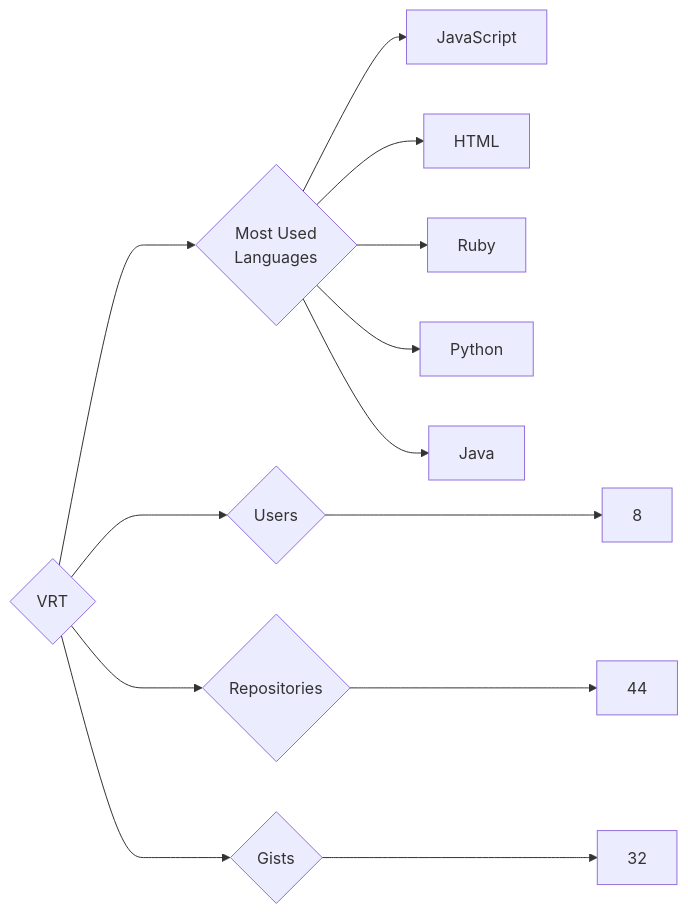
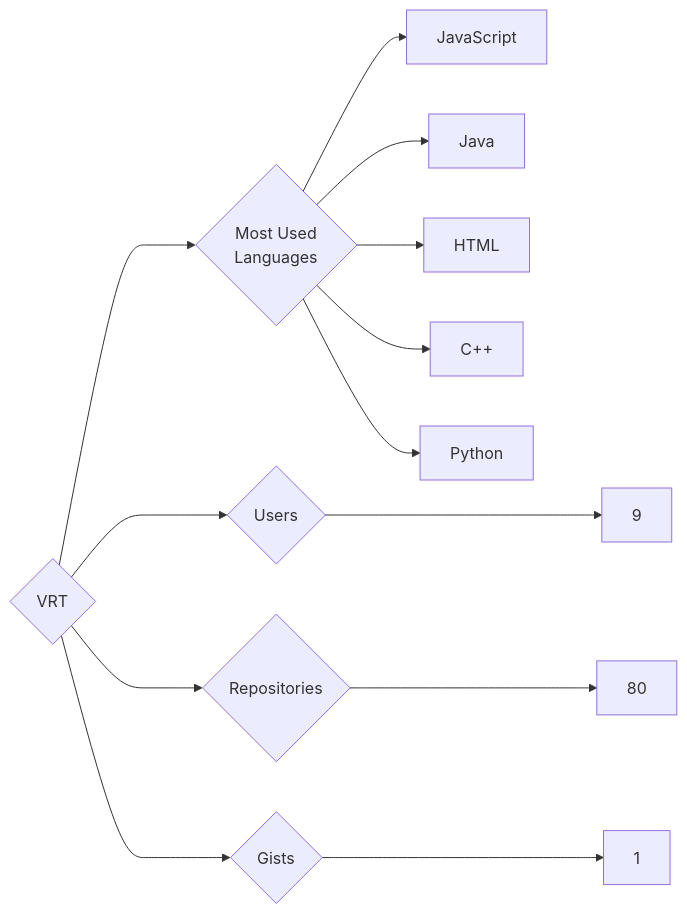
Before and after one commit to trickest/insiders: the diagram in targets/VRT/README.md, drawn with Mermaid. The commit also changed 534 other files, not shown here.

````diff
--- a/targets/VRT/README.md
+++ b/targets/VRT/README.md
@@ -3,13 +3,13 @@
 ```mermaid
 graph LR
 COMPANY_NAME{VRT}
-COMPANY_NAME ---> U{Users} ---> UN[8]
-COMPANY_NAME ---> R{Repositories} ---> RN[44]
-COMPANY_NAME ---> G{Gists} ---> GN[32]
+COMPANY_NAME ---> U{Users} ---> UN[9]
+COMPANY_NAME ---> R{Repositories} ---> RN[80]
+COMPANY_NAME ---> G{Gists} ---> GN[1]
 COMPANY_NAME ---> ML{Most Used<br>Languages}
 ML --> JavaScript[JavaScript]
+ML --> Java[Java]
 ML --> HTML[HTML]
-ML --> Ruby[Ruby]
+ML --> C++[C++]
 ML --> Python[Python]
-ML --> Java[Java]
 ```
````
